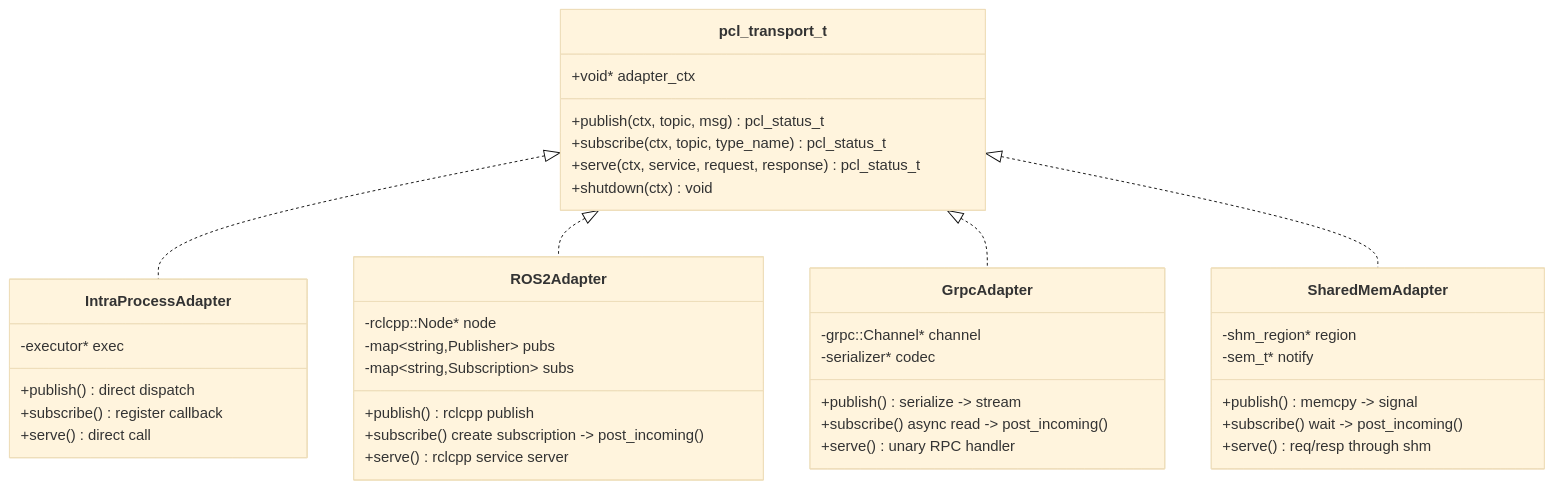
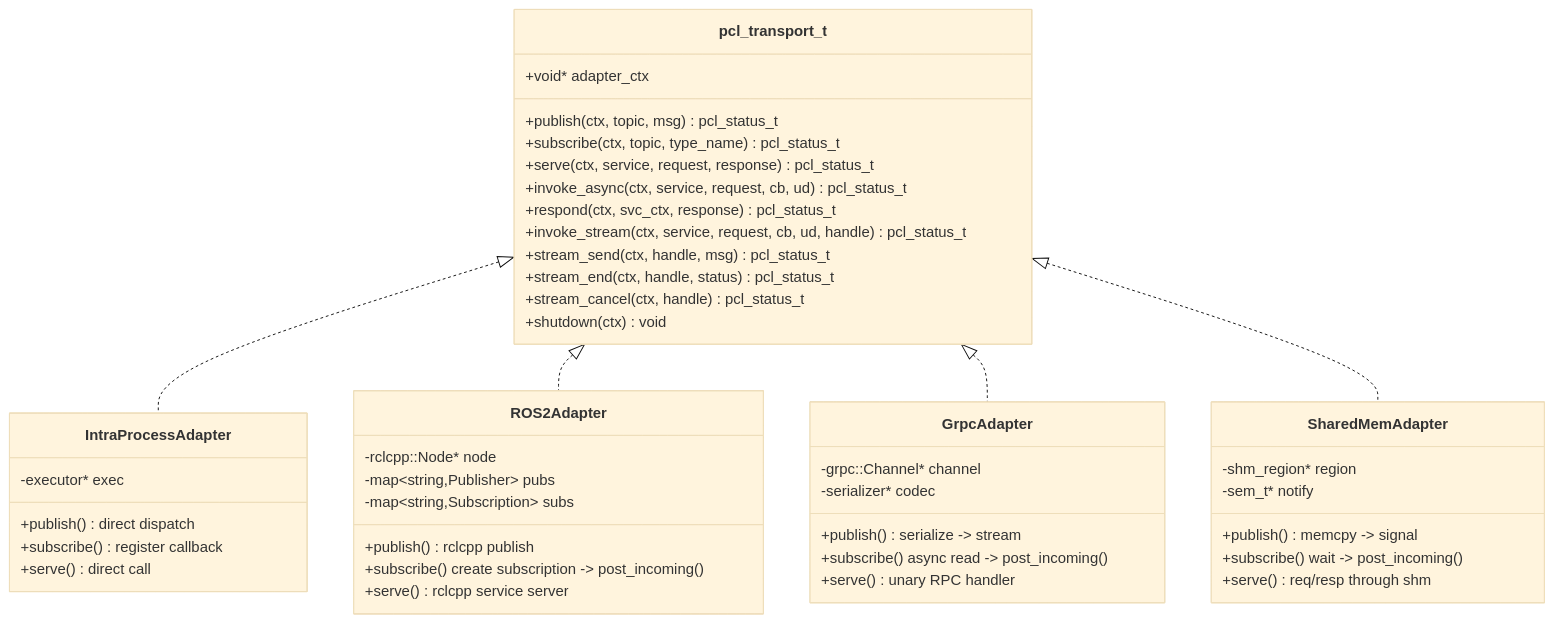
One commit to Ackoogin/mujin changed the tenth of 11 diagrams in subprojects/PCL/doc/architecture/08-pcl-component-system.md. Above: the diagram before and after it, drawn with Mermaid (base theme). The commit also changed other lines of this file and 15 other files, not shown here.

````diff
--- a/subprojects/PCL/doc/architecture/08-pcl-component-system.md
+++ b/subprojects/PCL/doc/architecture/08-pcl-component-system.md
@@ -431,47 +434,53 @@
 ```mermaid
 classDiagram
   class pcl_transport_t {
     +void* adapter_ctx
     +publish(ctx, topic, msg) pcl_status_t
     +subscribe(ctx, topic, type_name) pcl_status_t
     +serve(ctx, service, request, response) pcl_status_t
+    +invoke_async(ctx, service, request, cb, ud) pcl_status_t
+    +respond(ctx, svc_ctx, response) pcl_status_t
+    +invoke_stream(ctx, service, request, cb, ud, handle) pcl_status_t
+    +stream_send(ctx, handle, msg) pcl_status_t
+    +stream_end(ctx, handle, status) pcl_status_t
+    +stream_cancel(ctx, handle) pcl_status_t
     +shutdown(ctx) void
   }
 
   class IntraProcessAdapter {
     -executor* exec
     +publish() direct dispatch
     +subscribe() register callback
     +serve() direct call
   }
 
   class ROS2Adapter {
     -rclcpp::Node* node
     -map~string,Publisher~ pubs
     -map~string,Subscription~ subs
     +publish() rclcpp publish
     +subscribe() create subscription -> post_incoming()
     +serve() rclcpp service server
   }
 
   class GrpcAdapter {
     -grpc::Channel* channel
     -serializer* codec
     +publish() serialize -> stream
     +subscribe() async read -> post_incoming()
     +serve() unary RPC handler
   }
 
   class SharedMemAdapter {
     -shm_region* region
     -sem_t* notify
     +publish() memcpy -> signal
     +subscribe() wait -> post_incoming()
     +serve() req/resp through shm
   }
 
   pcl_transport_t <|.. IntraProcessAdapter
   pcl_transport_t <|.. ROS2Adapter
   pcl_transport_t <|.. GrpcAdapter
   pcl_transport_t <|.. SharedMemAdapter
 ```
````
